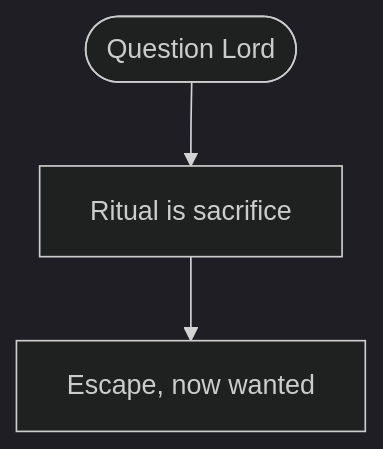
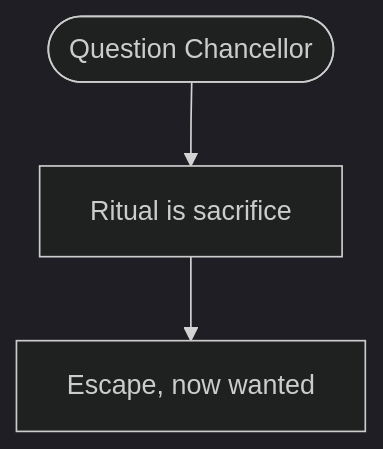
Before and after one commit to Kitick/Anthro: diagram 11 of 11 in Lore/Scenes/Intros/Elias.md, drawn with Mermaid (dark theme). The commit also changed other lines of this file and 1 other file, not shown here.

Commit message:
Edmund is a chancellor

````diff
--- a/Lore/Scenes/Intros/Elias.md
+++ b/Lore/Scenes/Intros/Elias.md
@@ -276,5 +341,5 @@
 ```mermaid
 flowchart TD
-    LordQuestion([Question Lord]) --> Reveal[Ritual is sacrifice]
+    ChancellorQuestion([Question Chancellor]) --> Reveal[Ritual is sacrifice]
     Reveal --> Escape[Escape, now wanted]
 ```
````
